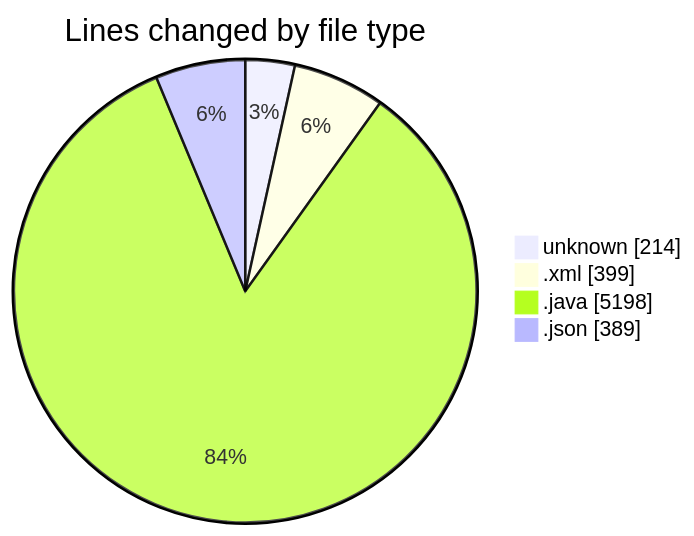
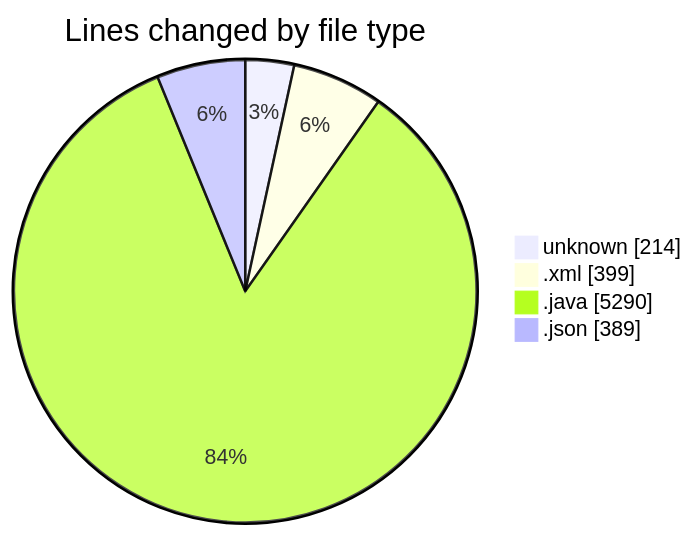
Before and after one commit to charlie-sans/code-tracking: the first of 2 diagrams in 2025-02-24/micros/README.md, drawn with Mermaid. The commit also changed other lines of this file and 1 other file, not shown here.

````diff
--- a/2025-02-24/micros/README.md
+++ b/2025-02-24/micros/README.md
@@ -36,8 +37,8 @@
 ```mermaid
 pie showData
 title Lines changed by file type
 "unknown" : 214
 ".xml" : 399
-".java" : 5198
+".java" : 5290
 ".json" : 389
 ```
````
